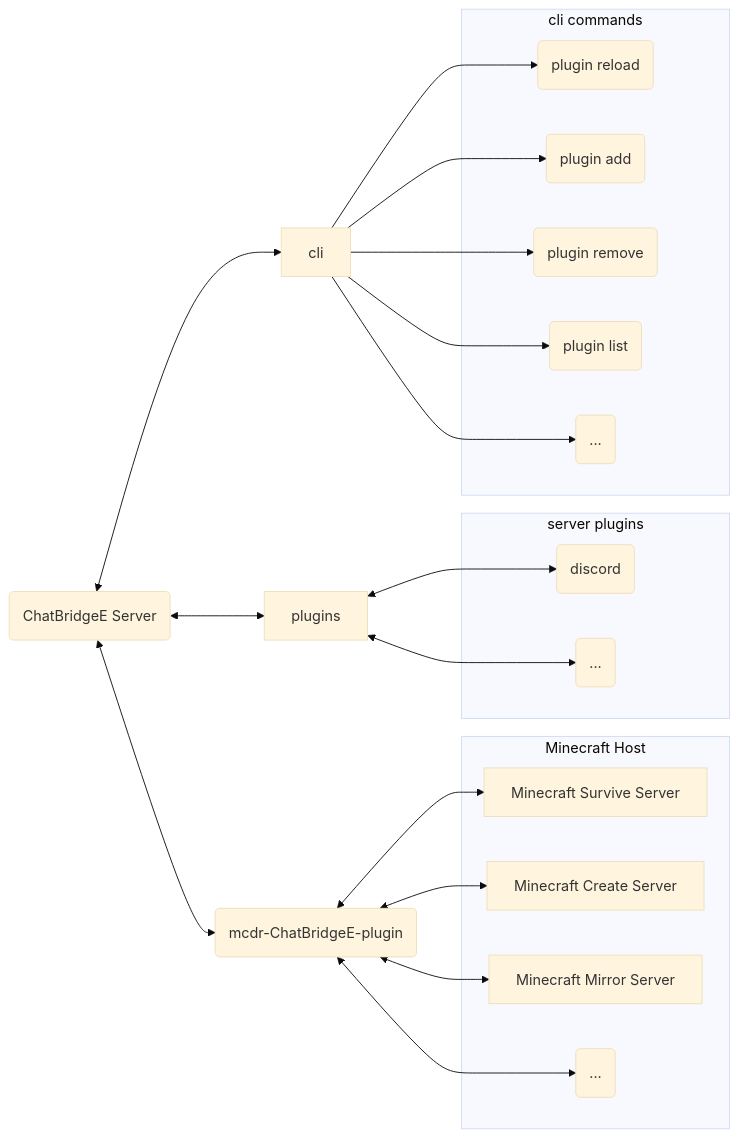
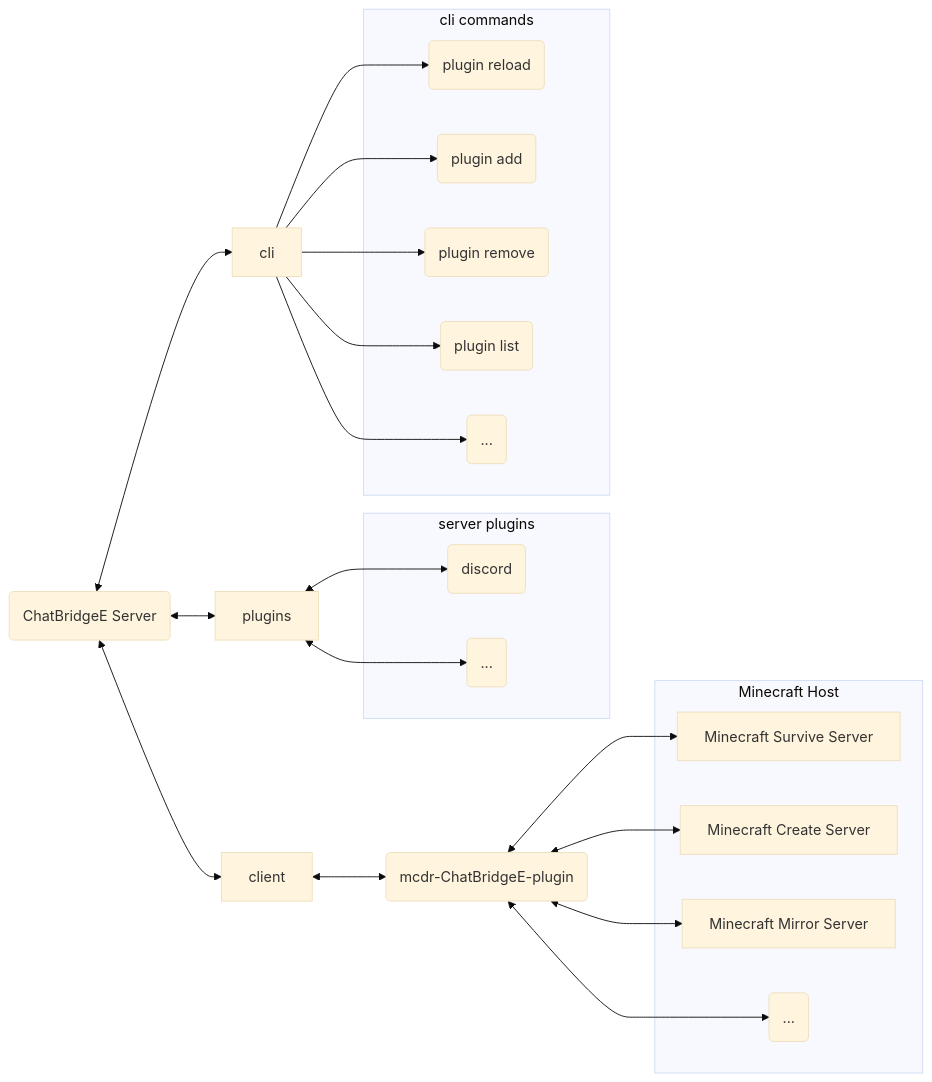
The diagram in README.md (mc-cloud-town/ChatBridgeE), drawn with Mermaid (base theme) before and after one commit.

````diff
--- a/README.md
+++ b/README.md
@@ -5,28 +5,29 @@
 ```mermaid
 flowchart LR
   subgraph Minecraft Host
-  Survive[Minecraft Survive Server]
-  Create[Minecraft Create Server]
-  Mirror[Minecraft Mirror Server]
-  server_else(...)
+    Survive[Minecraft Survive Server]
+    Create[Minecraft Create Server]
+    Mirror[Minecraft Mirror Server]
+    server_else(...)
   end
   MCDR("mcdr-ChatBridgeE-plugin") <--> Survive & Create & Mirror & server_else
 
   subgraph server plugins
     plugin_discord(discord)
     else_plugin(...)
   end
   plugins <--> plugin_discord & else_plugin
 
   subgraph cli commands
     cli_reload(plugin reload)
     cli_add(plugin add)
     cli_remove(plugin remove)
     cli_list(plugin list) 
     cli_else(...)
   end
   cli --> cli_reload & cli_add & cli_remove & cli_list & cli_else
 
   server(ChatBridgeE Server)
-  server <--> plugins & cli & MCDR
+  client <--> MCDR
+  server <--> client & plugins & cli
 ```
````
